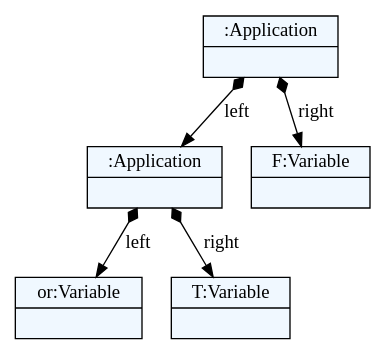
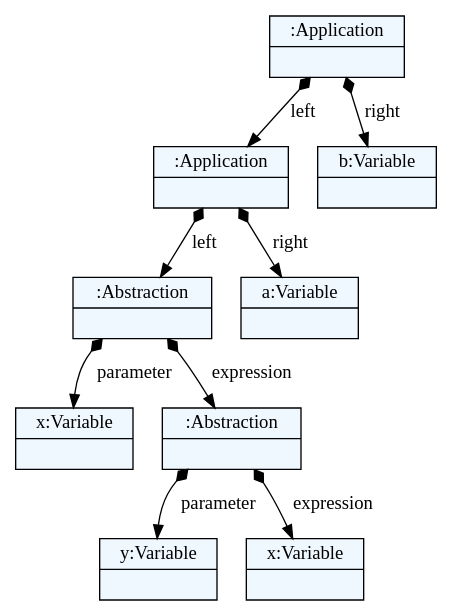
Before and after one commit to pavleglusac/lambda-calculus: the diagram in model.dot, drawn with Graphviz. The commit also changed 11 other files, not shown here.

```diff
--- a/model.dot
+++ b/model.dot
@@ -1,24 +1,32 @@
 
     digraph textX {
     fontname = "Bitstream Vera Sans"
     fontsize = 8
     node[
         shape=record,
         style=filled,
         fillcolor=aliceblue
     ]
     nodesep = 0.3
     edge[dir=black,arrowtail=empty]
 
 
-2196313705392 -> 2196313704528 [label="left" arrowtail=diamond dir=both]
-2196313704528 -> 2196313705296 [label="left" arrowtail=diamond dir=both]
-2196313705296[label="{or:Variable|}"]
-2196313704528 -> 2196313706064 [label="right" arrowtail=diamond dir=both]
-2196313706064[label="{T:Variable|}"]
-2196313704528[label="{:Application|}"]
-2196313705392 -> 2196313704432 [label="right" arrowtail=diamond dir=both]
-2196313704432[label="{F:Variable|}"]
-2196313705392[label="{:Application|}"]
+2187261569968 -> 2187261570256 [label="left" arrowtail=diamond dir=both]
+2187261570256 -> 2187261569872 [label="left" arrowtail=diamond dir=both]
+2187261569872 -> 2187261569056 [label="parameter" arrowtail=diamond dir=both]
+2187261569056[label="{x:Variable|}"]
+2187261569872 -> 2187261569296 [label="expression" arrowtail=diamond dir=both]
+2187261569296 -> 2187261569104 [label="parameter" arrowtail=diamond dir=both]
+2187261569104[label="{y:Variable|}"]
+2187261569296 -> 2187261569248 [label="expression" arrowtail=diamond dir=both]
+2187261569248[label="{x:Variable|}"]
+2187261569296[label="{:Abstraction|}"]
+2187261569872[label="{:Abstraction|}"]
+2187261570256 -> 2187261569440 [label="right" arrowtail=diamond dir=both]
+2187261569440[label="{a:Variable|}"]
+2187261570256[label="{:Application|}"]
+2187261569968 -> 2187261567856 [label="right" arrowtail=diamond dir=both]
+2187261567856[label="{b:Variable|}"]
+2187261569968[label="{:Application|}"]
 
 }
```
